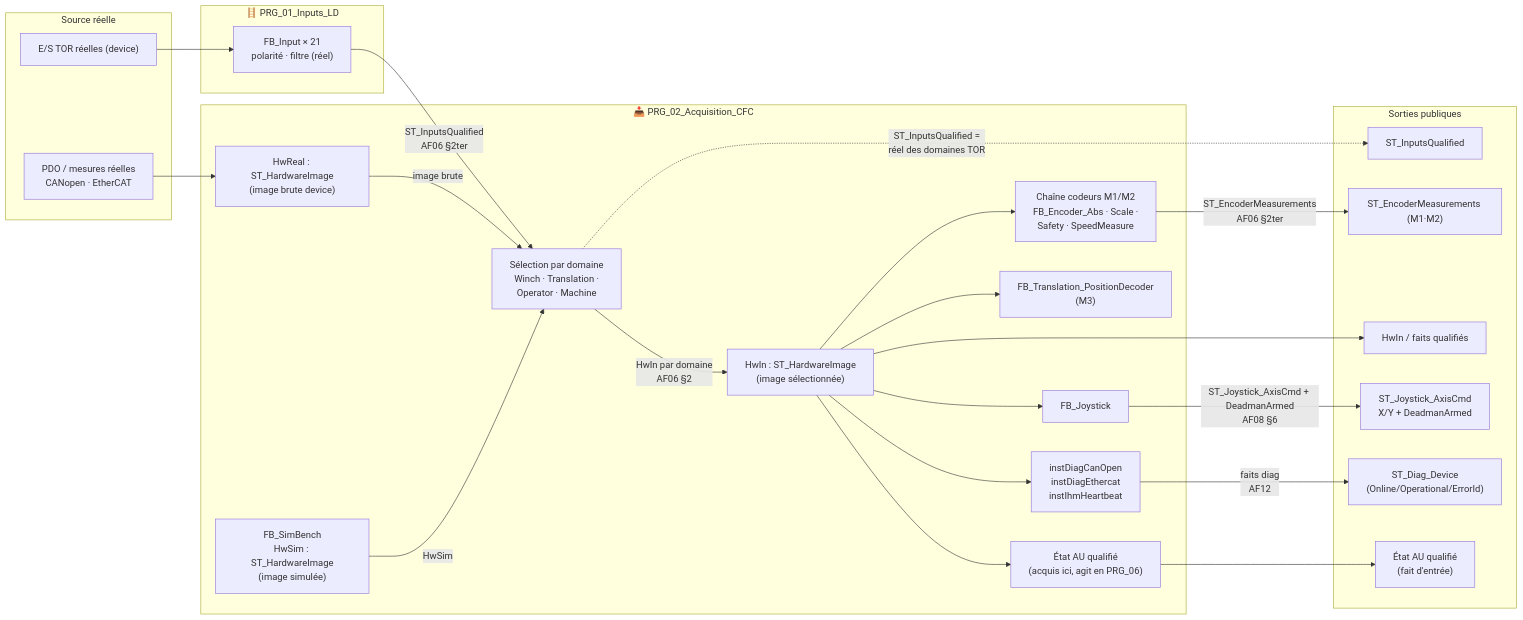
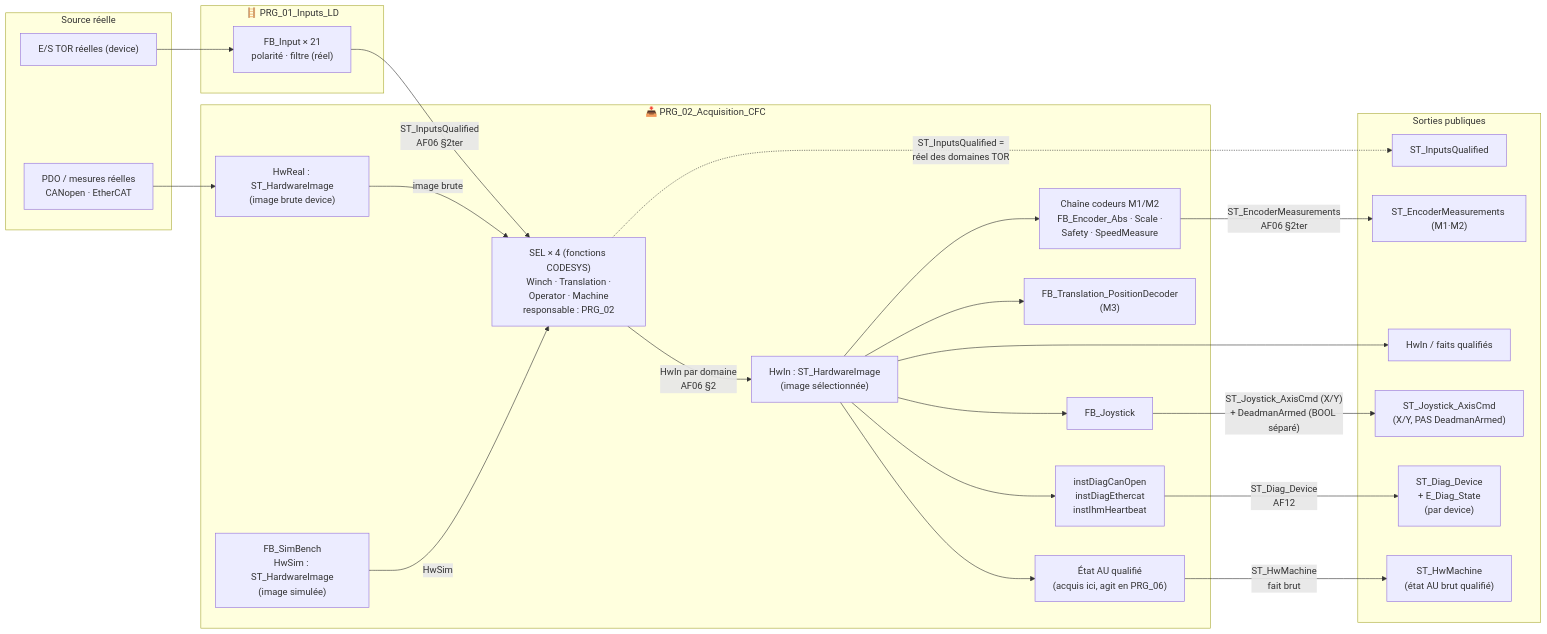
The second of 7 diagrams in DOC/AUDITS/Architecture/DIAGRAMME_ARCHITECTURE_CFC_TARGET.md (MatGros/2026_Projet_YGO_ExcavatriceDragage), drawn with Mermaid before and after one commit. The commit also changed other lines of this file, not shown here.

Commit message:
DOC: diagramme - precision responsables (SEL), DeadmanArmed hors DUT, ST_Diag_Device par device, etat AU via ST_HwMachine + sommaire DUT

````diff
--- a/DOC/AUDITS/Architecture/DIAGRAMME_ARCHITECTURE_CFC_TARGET.md
+++ b/DOC/AUDITS/Architecture/DIAGRAMME_ARCHITECTURE_CFC_TARGET.md
@@ -53,47 +53,47 @@
 ```mermaid
 flowchart LR
     subgraph S1["Source réelle"]
         TOR["E/S TOR réelles (device)"]
         PDO["PDO / mesures réelles<br/>CANopen · EtherCAT"]
     end
     subgraph L1["🪜 PRG_01_Inputs_LD"]
         FBIN["FB_Input × 21<br/>polarité · filtre (réel)"]
     end
     subgraph A2["📥 PRG_02_Acquisition_CFC"]
         HR["HwReal : ST_HardwareImage<br/>(image brute device)"]
         SMB["FB_SimBench<br/>HwSim : ST_HardwareImage<br/>(image simulée)"]
-        SEL["Sélection par domaine<br/>Winch · Translation ·<br/>Operator · Machine"]
+        SEL["SEL × 4 (fonctions CODESYS)<br/>Winch · Translation ·<br/>Operator · Machine<br/>responsable : PRG_02"]
         HI["HwIn : ST_HardwareImage<br/>(image sélectionnée)"]
         JST["FB_Joystick"]
         COD["Chaîne codeurs M1/M2<br/>FB_Encoder_Abs · Scale ·<br/>Safety · SpeedMeasure"]
         DEC["FB_Translation_PositionDecoder<br/>(M3)"]
         DIA["instDiagCanOpen<br/>instDiagEthercat<br/>instIhmHeartbeat"]
         AU["État AU qualifié<br/>(acquis ici, agit en PRG_06)"]
     end
     subgraph DUT["Sorties publiques"]
         IQ["ST_InputsQualified"]
         EM["ST_EncoderMeasurements (M1·M2)"]
         HW["HwIn / faits qualifiés"]
-        JAX["ST_Joystick_AxisCmd<br/>X/Y + DeadmanArmed"]
-        DDEV["ST_Diag_Device<br/>(Online/Operational/ErrorId)"]
-        AUF["État AU qualifié<br/>(fait d'entrée)"]
+        JAX["ST_Joystick_AxisCmd<br/>(X/Y, PAS DeadmanArmed)"]
+        DDEV["ST_Diag_Device<br/>+ E_Diag_State<br/>(par device)"]
+        AUF["ST_HwMachine<br/>(état AU brut qualifié)"]
     end
 
     TOR --> FBIN
     FBIN -->|ST_InputsQualified<br/>AF06 §2ter| SEL
     PDO --> HR
     HR -->|image brute| SEL
     SMB -->|HwSim| SEL
     SEL -->|HwIn par domaine<br/>AF06 §2| HI
     HI --> JST
     HI --> COD
     HI --> DEC
     HI --> DIA
     HI --> AU
     COD -->|ST_EncoderMeasurements<br/>AF06 §2ter| EM
     SEL -.->|ST_InputsQualified =<br/>réel des domaines TOR| IQ
     HI --> HW
-    JST -->|ST_Joystick_AxisCmd + DeadmanArmed<br/>AF08 §6| JAX
-    DIA -->|faits diag<br/>AF12| DDEV
-    AU --> AUF
+    JST -->|"ST_Joystick_AxisCmd (X/Y)<br/>+ DeadmanArmed (BOOL séparé)"| JAX
+    DIA -->|ST_Diag_Device<br/>AF12| DDEV
+    AU -->|ST_HwMachine<br/>fait brut| AUF
 ```
````
